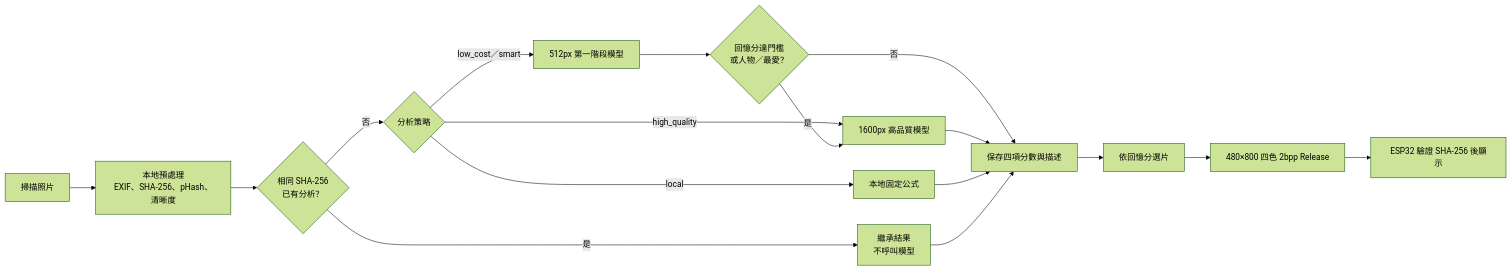
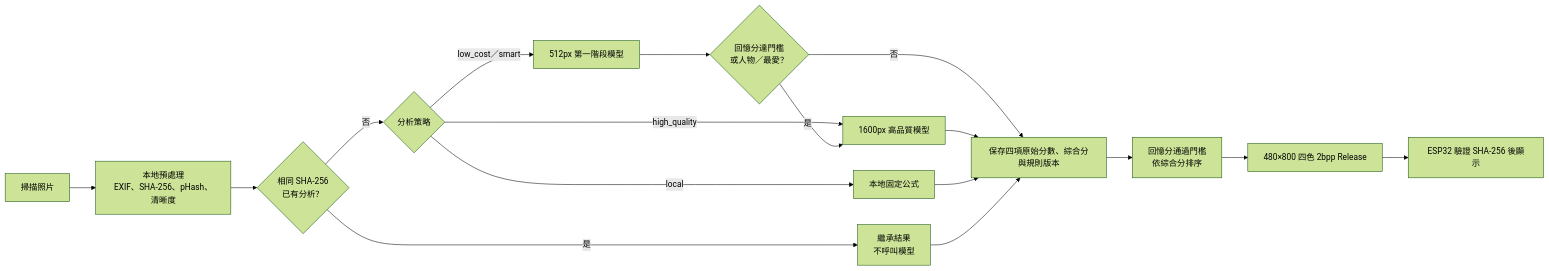
The second of 3 diagrams in docs/ARCHITECTURE_ZH_TW.md (steven87090799/InkTime), drawn with Mermaid (forest theme) before and after one commit. The commit also changed other lines of this file and 27 other files, not shown here.

````diff
--- a/docs/ARCHITECTURE_ZH_TW.md
+++ b/docs/ARCHITECTURE_ZH_TW.md
@@ -66,18 +67,18 @@
 ```mermaid
 flowchart LR
     SCAN["掃描照片"] --> LOCAL["本地預處理<br/>EXIF、SHA-256、pHash、清晰度"]
     LOCAL --> DUP{"相同 SHA-256<br/>已有分析？"}
     DUP -->|"是"| INHERIT["繼承結果<br/>不呼叫模型"]
     DUP -->|"否"| STRATEGY{"分析策略"}
     STRATEGY -->|"local"| LOCAL_SCORE["本地固定公式"]
     STRATEGY -->|"low_cost／smart"| STAGE1["512px 第一階段模型"]
     STRATEGY -->|"high_quality"| STAGE2["1600px 高品質模型"]
     STAGE1 --> GATE{"回憶分達門檻<br/>或人物／最愛？"}
     GATE -->|"是"| STAGE2
-    GATE -->|"否"| SAVE["保存四項分數與描述"]
+    GATE -->|"否"| SAVE["保存四項原始分數、綜合分與規則版本"]
     STAGE2 --> SAVE
     LOCAL_SCORE --> SAVE
     INHERIT --> SAVE
-    SAVE --> PICK["依回憶分選片"] --> RELEASE["480×800 四色 2bpp Release"]
+    SAVE --> PICK["回憶分通過門檻<br/>依綜合分排序"] --> RELEASE["480×800 四色 2bpp Release"]
     RELEASE --> DEVICE["ESP32 驗證 SHA-256 後顯示"]
 ```
````
